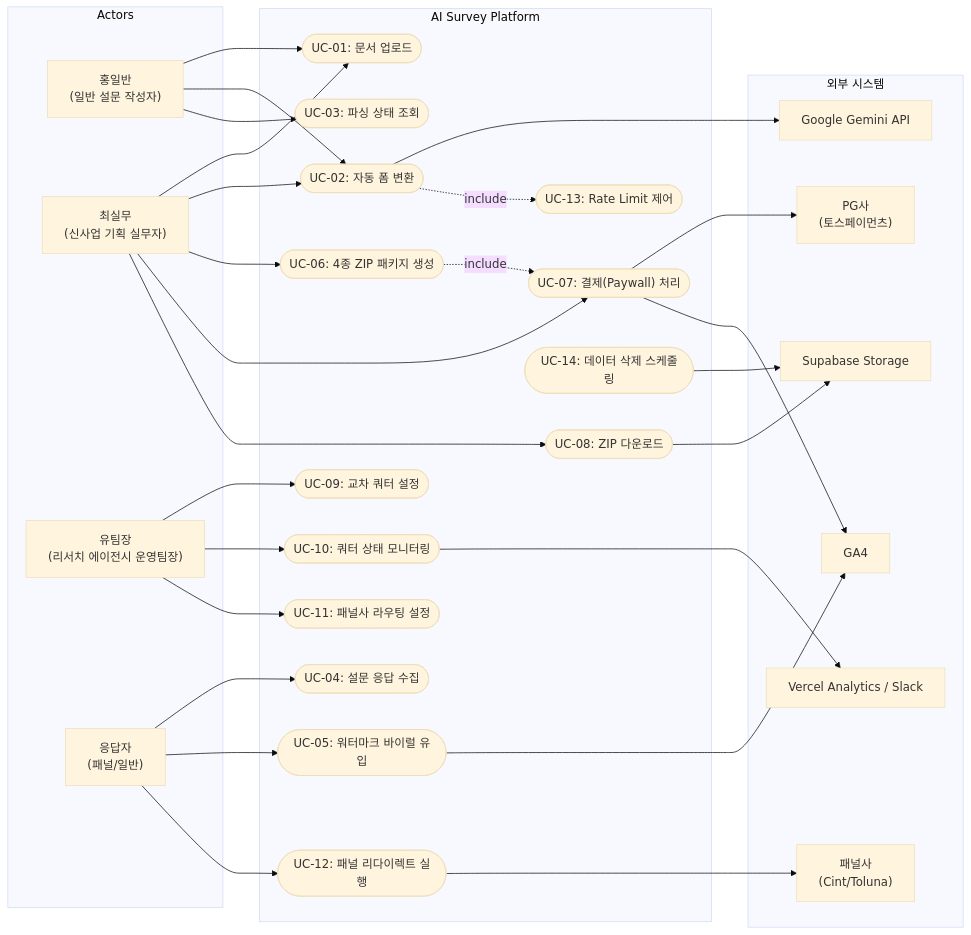
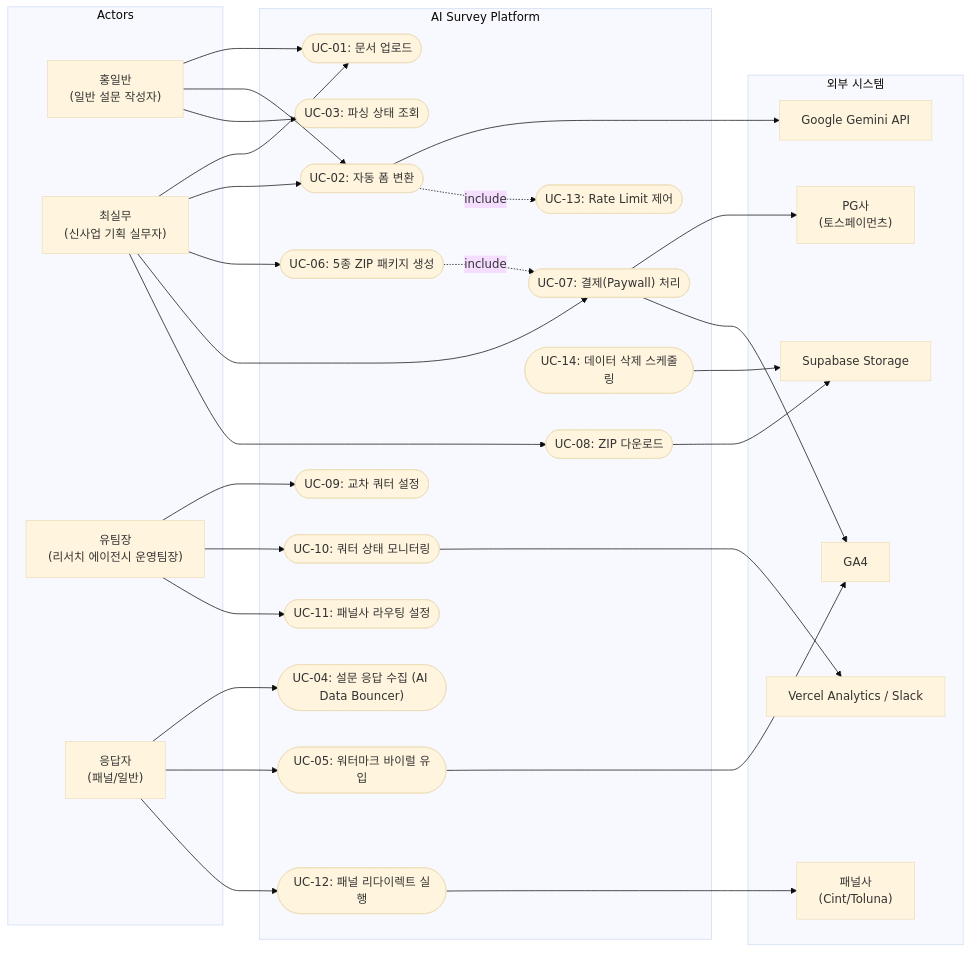
The first of 13 diagrams in SRS-Drafts/01_SRS_v0.1_Opus.md (ZeroWalnut-0/SRS-from-PRD-AI_Survey), drawn with Mermaid (base theme) before and after one commit. The commit also changed other lines of this file and 386 other files, not shown here.

Commit message:
TASK 의존성 상세 다이어그램 업데이트

````diff
--- a/SRS-Drafts/01_SRS_v0.1_Opus.md
+++ b/SRS-Drafts/01_SRS_v0.1_Opus.md
@@ -198,61 +198,61 @@
 ```mermaid
 flowchart LR
     subgraph Actors
         Hong["홍일반\n(일반 설문 작성자)"]
         Choi["최실무\n(신사업 기획 실무자)"]
         Yoo["유팀장\n(리서치 에이전시 운영팀장)"]
         Respondent["응답자\n(패널/일반)"]
     end
 
     subgraph System["AI Survey Platform"]
         UC1(["UC-01: 문서 업로드"])
         UC2(["UC-02: 자동 폼 변환"])
         UC3(["UC-03: 파싱 상태 조회"])
-        UC4(["UC-04: 설문 응답 수집"])
+        UC4(["UC-04: 설문 응답 수집 (AI Data Bouncer)"])
         UC5(["UC-05: 워터마크 바이럴 유입"])
-        UC6(["UC-06: 4종 ZIP 패키지 생성"])
+        UC6(["UC-06: 5종 ZIP 패키지 생성"])
         UC7(["UC-07: 결제(Paywall) 처리"])
         UC8(["UC-08: ZIP 다운로드"])
         UC9(["UC-09: 교차 쿼터 설정"])
         UC10(["UC-10: 쿼터 상태 모니터링"])
         UC11(["UC-11: 패널사 라우팅 설정"])
         UC12(["UC-12: 패널 리다이렉트 실행"])
         UC13(["UC-13: Rate Limit 제어"])
         UC14(["UC-14: 데이터 삭제 스케줄링"])
     end
 
     subgraph External["외부 시스템"]
         PG["PG사\n(토스페이먼츠)"]
         Storage["Supabase Storage"]
         Panel["패널사\n(Cint/Toluna)"]
         Monitoring["Vercel Analytics / Slack"]
         Analytics["GA4"]
         GeminiAPI["Google Gemini API"]
     end
 
     Hong --> UC1
     Hong --> UC2
     Hong --> UC3
     Choi --> UC1
     Choi --> UC2
     Choi --> UC6
     Choi --> UC7
     Choi --> UC8
     Yoo --> UC9
     Yoo --> UC10
     Yoo --> UC11
     Respondent --> UC4
     Respondent --> UC5
     Respondent --> UC12
 
     UC7 --> PG
     UC8 --> Storage
     UC12 --> Panel
     UC10 --> Monitoring
     UC7 --> Analytics
     UC5 --> Analytics
     UC14 --> Storage
     UC2 --> GeminiAPI
     UC2 -. "include" .-> UC13
     UC6 -. "include" .-> UC7
 ```
````
